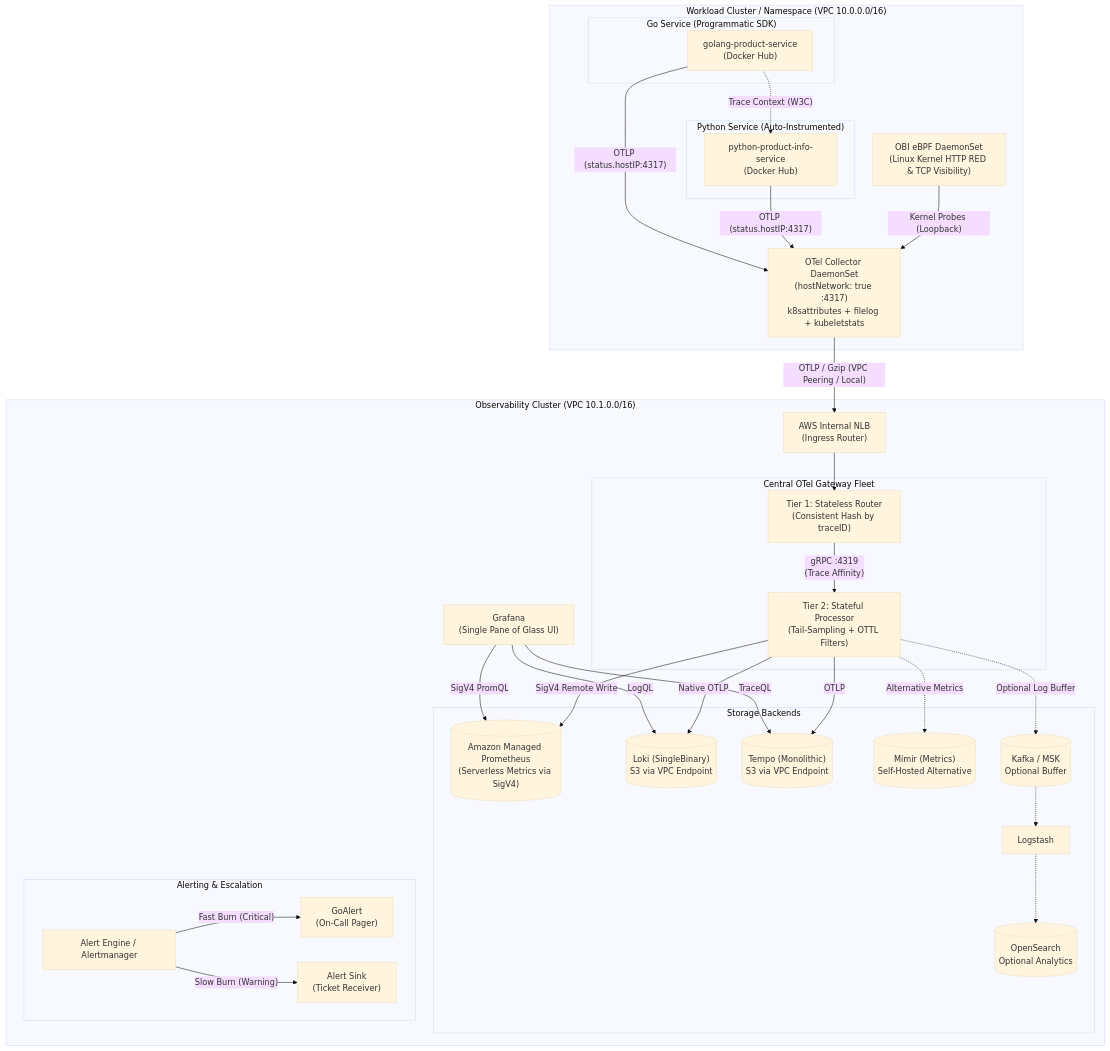
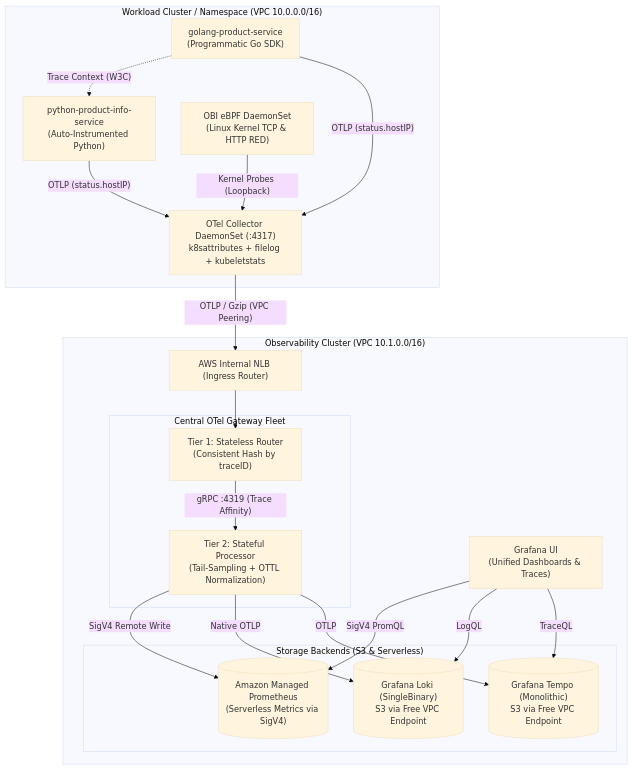
One commit to ok-karthik/opentelemetry-platform-on-eks changed the first of 2 diagrams in README.md. Above: the diagram before and after it, drawn with Mermaid (base theme). The commit also changed other lines of this file, not shown here.

Commit message:
docs: enlarge main architecture diagram, add alerting flowchart, and add CloudWatch vs Kafka FAQ

````diff
--- a/README.md
+++ b/README.md
@@ -13,62 +13,42 @@
 ```mermaid
 flowchart TB
     subgraph WorkloadCluster["Workload Cluster / Namespace (VPC 10.0.0.0/16)"]
-        subgraph Pod1["Go Service (Programmatic SDK)"]
-            GoApp["golang-product-service\n(Docker Hub)"]
-        end
-        subgraph Pod2["Python Service (Auto-Instrumented)"]
-            PyApp["python-product-info-service\n(Docker Hub)"]
-        end
+        GoApp["golang-product-service\n(Programmatic Go SDK)"]
+        PyApp["python-product-info-service\n(Auto-Instrumented Python)"]
+        GoApp -.->|"Trace Context (W3C)"| PyApp
         
-        DaemonSetAgent["OTel Collector DaemonSet\n(hostNetwork: true :4317)\nk8sattributes + filelog + kubeletstats"]
-        OBI["OBI eBPF DaemonSet\n(Linux Kernel HTTP RED & TCP Visibility)"]
+        DaemonSetAgent["OTel Collector DaemonSet (:4317)\nk8sattributes + filelog + kubeletstats"]
+        OBI["OBI eBPF DaemonSet\n(Linux Kernel TCP & HTTP RED)"]
         
-        GoApp -->|"OTLP (status.hostIP:4317)"| DaemonSetAgent
-        PyApp -->|"OTLP (status.hostIP:4317)"| DaemonSetAgent
-        GoApp -.->|"Trace Context (W3C)"| PyApp
+        GoApp -->|"OTLP (status.hostIP)"| DaemonSetAgent
+        PyApp -->|"OTLP (status.hostIP)"| DaemonSetAgent
         OBI -->|"Kernel Probes (Loopback)"| DaemonSetAgent
     end
 
     subgraph ObsCluster["Observability Cluster (VPC 10.1.0.0/16)"]
-        NLB["AWS Internal NLB\n(Ingress Router)"]
+        NLB["AWS Internal NLB (Ingress Router)"]
         
         subgraph GatewayFleet["Central OTel Gateway Fleet"]
             Router["Tier 1: Stateless Router\n(Consistent Hash by traceID)"]
-            Processor["Tier 2: Stateful Processor\n(Tail-Sampling + OTTL Filters)"]
-            Router -->|"gRPC :4319\n(Trace Affinity)"| Processor
+            Processor["Tier 2: Stateful Processor\n(Tail-Sampling + OTTL Normalization)"]
+            Router -->|"gRPC :4319 (Trace Affinity)"| Processor
         end
 
-        subgraph Backends["Storage Backends"]
+        subgraph Backends["Storage Backends (S3 & Serverless)"]
             AMP[("Amazon Managed Prometheus\n(Serverless Metrics via SigV4)")]
-            Loki[("Loki (SingleBinary)\nS3 via VPC Endpoint")]
-            Tempo[("Tempo (Monolithic)\nS3 via VPC Endpoint")]
-            Mimir[("Mimir (Metrics)\nSelf-Hosted Alternative")]
-            Kafka[("Kafka / MSK\nOptional Buffer")]
-            OpenSearch[("OpenSearch\nOptional Analytics")]
-            Logstash["Logstash"]
+            Loki[("Grafana Loki (SingleBinary)\nS3 via Free VPC Endpoint")]
+            Tempo[("Grafana Tempo (Monolithic)\nS3 via Free VPC Endpoint")]
         end
 
-        subgraph Escalation["Alerting & Escalation"]
-            Alertmanager["Alert Engine / Alertmanager"]
-            GoAlert["GoAlert\n(On-Call Pager)"]
-            AlertSink["Alert Sink\n(Ticket Receiver)"]
-            Alertmanager -->|"Fast Burn (Critical)"| GoAlert
-            Alertmanager -->|"Slow Burn (Warning)"| AlertSink
-        end
-
-        Grafana["Grafana\n(Single Pane of Glass UI)"]
+        Grafana["Grafana UI\n(Unified Dashboards & Traces)"]
         Grafana -->|"SigV4 PromQL"| AMP
         Grafana -->|"LogQL"| Loki
         Grafana -->|"TraceQL"| Tempo
-        Processor -.->|"Optional Log Buffer"| Kafka
-        Kafka -.-> Logstash
-        Logstash -.-> OpenSearch
     end
 
-    DaemonSetAgent -->|"OTLP / Gzip (VPC Peering / Local)"| NLB
+    DaemonSetAgent -->|"OTLP / Gzip (VPC Peering)"| NLB
     NLB --> Router
     Processor -->|"SigV4 Remote Write"| AMP
     Processor -->|"Native OTLP"| Loki
     Processor -->|"OTLP"| Tempo
-    Processor -.->|"Alternative Metrics"| Mimir
 ```
````
